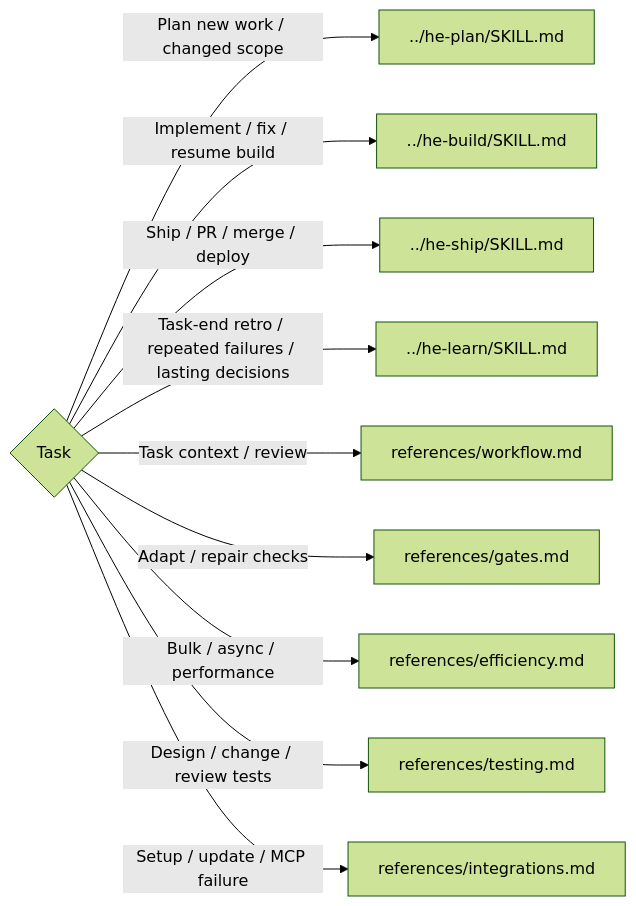
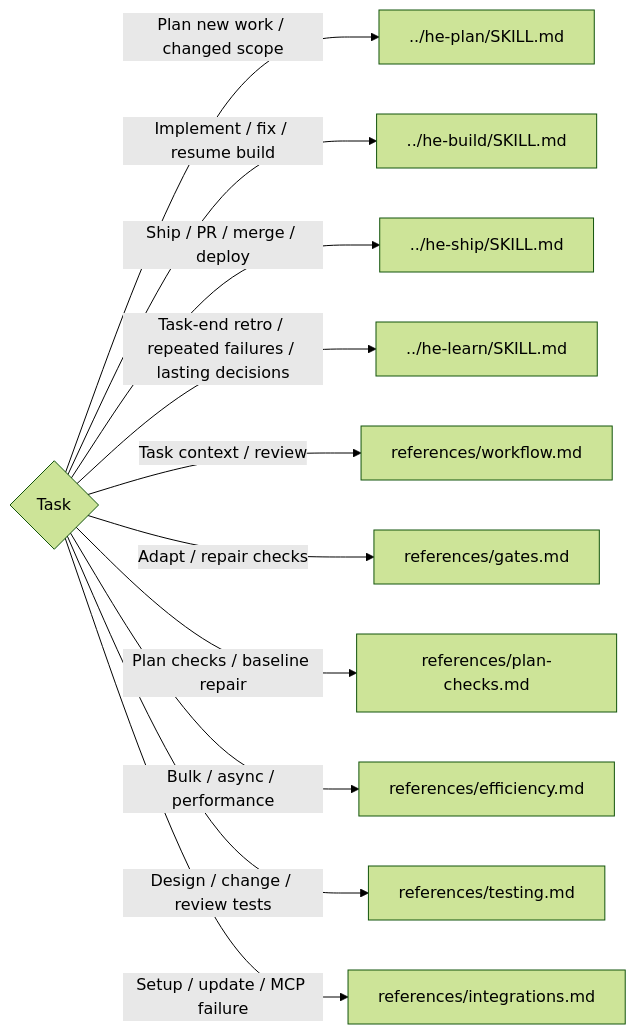
The diagram in .agents/skills/he/SKILL.md (sgaabdu4/hard-eng), drawn with Mermaid (forest theme) before and after one commit. The commit also changed 8 other files, not shown here.

Commit message:
Fail any skill reference file over 36,000 bytes, where Codex cuts a tool output, and move plan checks and baseline repair out of the gates reference

````diff
--- a/.agents/skills/he/SKILL.md
+++ b/.agents/skills/he/SKILL.md
@@ -10,21 +10,23 @@
 ```mermaid
 flowchart LR
   T{Task} -->|Plan new work / changed scope| P[../he-plan/SKILL.md]
   T -->|Implement / fix / resume build| B[../he-build/SKILL.md]
   T -->|Ship / PR / merge / deploy| S[../he-ship/SKILL.md]
   T -->|Task-end retro / repeated failures / lasting decisions| L[../he-learn/SKILL.md]
   T -->|Task context / review| W[references/workflow.md]
   T -->|Adapt / repair checks| G[references/gates.md]
+  T -->|Plan checks / baseline repair| C[references/plan-checks.md]
   T -->|Bulk / async / performance| E[references/efficiency.md]
   T -->|Design / change / review tests| Q[references/testing.md]
   T -->|Setup / update / MCP failure| I[references/integrations.md]
   click W "references/workflow.md"
   click P "../he-plan/SKILL.md"
   click B "../he-build/SKILL.md"
   click S "../he-ship/SKILL.md"
   click L "../he-learn/SKILL.md"
   click G "references/gates.md"
+  click C "references/plan-checks.md"
   click E "references/efficiency.md"
   click Q "references/testing.md"
   click I "references/integrations.md"
 ```
````
